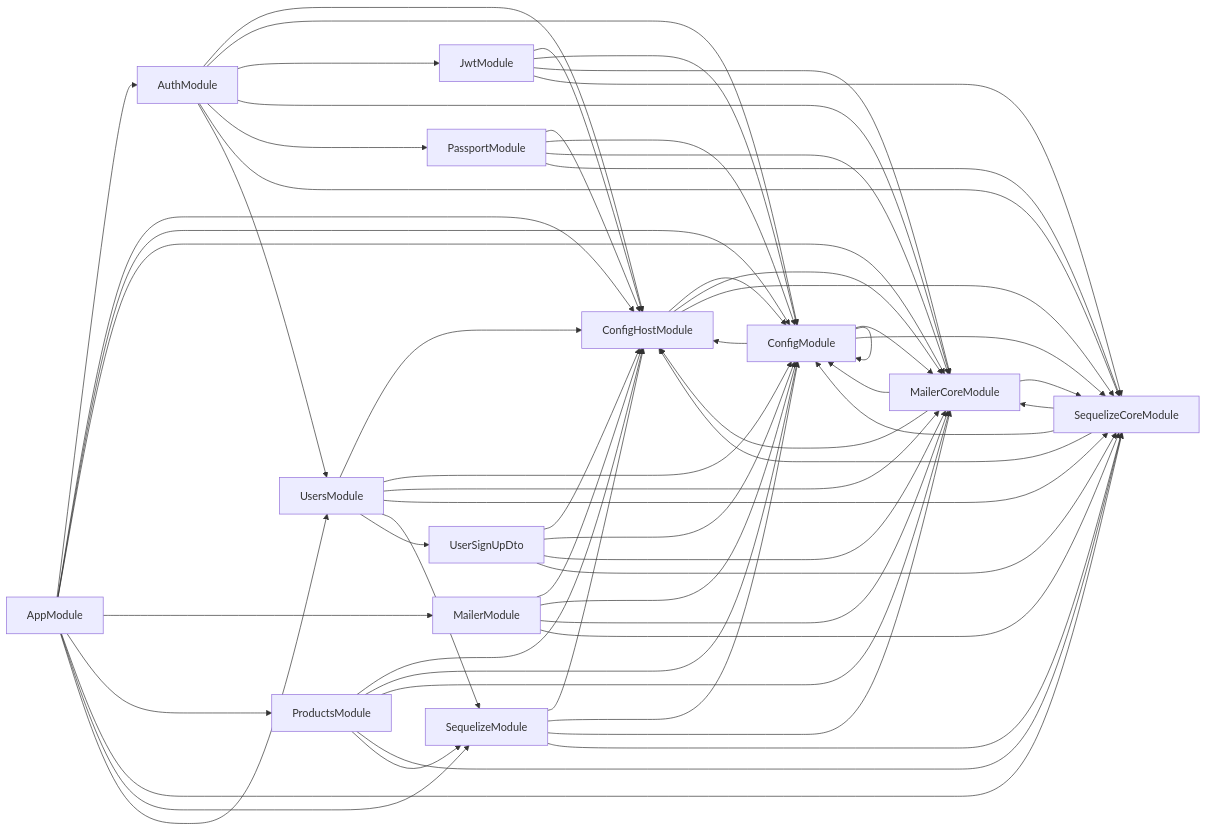
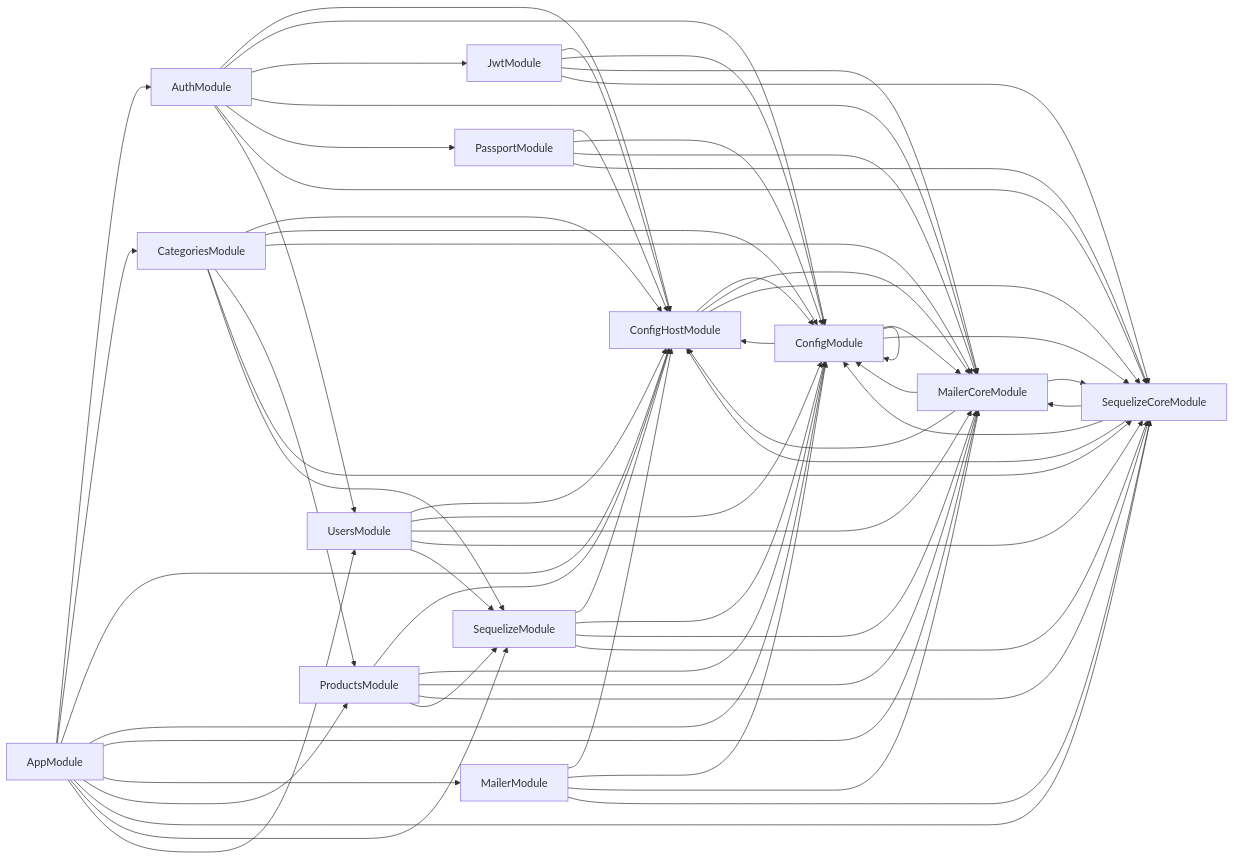
Before and after one commit to csc13001-kafi/csc13001-kafi-server: the diagram in deps.mermaid, drawn with Mermaid. The commit also changed 29 other files, not shown here.

```diff
--- a/deps.mermaid
+++ b/deps.mermaid
@@ -1,61 +1,63 @@
 graph LR
     AppModule-->AuthModule
+  AppModule-->CategoriesModule
   AppModule-->ConfigHostModule
   AppModule-->ConfigModule
   AppModule-->MailerCoreModule
   AppModule-->MailerModule
   AppModule-->ProductsModule
   AppModule-->SequelizeCoreModule
   AppModule-->SequelizeModule
   AppModule-->UsersModule
   AuthModule-->ConfigHostModule
   AuthModule-->ConfigModule
   AuthModule-->JwtModule
   AuthModule-->MailerCoreModule
   AuthModule-->PassportModule
   AuthModule-->SequelizeCoreModule
   AuthModule-->UsersModule
+  CategoriesModule-->ConfigHostModule
+  CategoriesModule-->ConfigModule
+  CategoriesModule-->MailerCoreModule
+  CategoriesModule-->ProductsModule
+  CategoriesModule-->SequelizeCoreModule
+  CategoriesModule-->SequelizeModule
   ConfigHostModule-->ConfigModule
   ConfigHostModule-->MailerCoreModule
   ConfigHostModule-->SequelizeCoreModule
   ConfigModule-->ConfigHostModule
   ConfigModule-->ConfigModule
   ConfigModule-->MailerCoreModule
   ConfigModule-->SequelizeCoreModule
   JwtModule-->ConfigHostModule
   JwtModule-->ConfigModule
   JwtModule-->MailerCoreModule
   JwtModule-->SequelizeCoreModule
   MailerCoreModule-->ConfigHostModule
   MailerCoreModule-->ConfigModule
   MailerCoreModule-->SequelizeCoreModule
   MailerModule-->ConfigHostModule
   MailerModule-->ConfigModule
   MailerModule-->MailerCoreModule
   MailerModule-->SequelizeCoreModule
   PassportModule-->ConfigHostModule
   PassportModule-->ConfigModule
   PassportModule-->MailerCoreModule
   PassportModule-->SequelizeCoreModule
   ProductsModule-->ConfigHostModule
   ProductsModule-->ConfigModule
   ProductsModule-->MailerCoreModule
   ProductsModule-->SequelizeCoreModule
   ProductsModule-->SequelizeModule
   SequelizeCoreModule-->ConfigHostModule
   SequelizeCoreModule-->ConfigModule
   SequelizeCoreModule-->MailerCoreModule
   SequelizeModule-->ConfigHostModule
   SequelizeModule-->ConfigModule
   SequelizeModule-->MailerCoreModule
   SequelizeModule-->SequelizeCoreModule
-  UserSignUpDto-->ConfigHostModule
-  UserSignUpDto-->ConfigModule
-  UserSignUpDto-->MailerCoreModule
-  UserSignUpDto-->SequelizeCoreModule
   UsersModule-->ConfigHostModule
   UsersModule-->ConfigModule
   UsersModule-->MailerCoreModule
   UsersModule-->SequelizeCoreModule
   UsersModule-->SequelizeModule
-  UsersModule-->UserSignUpDto
```
